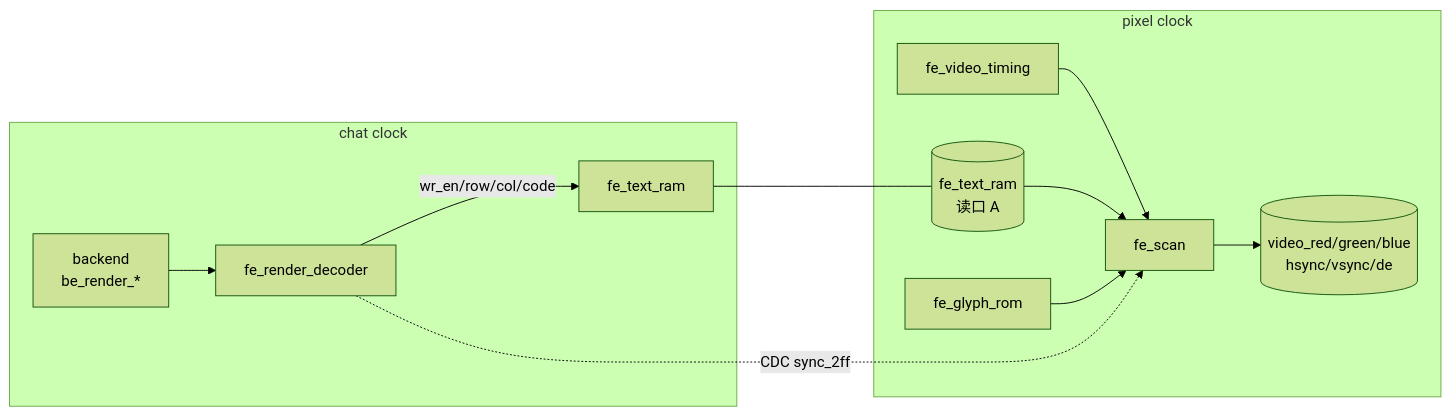
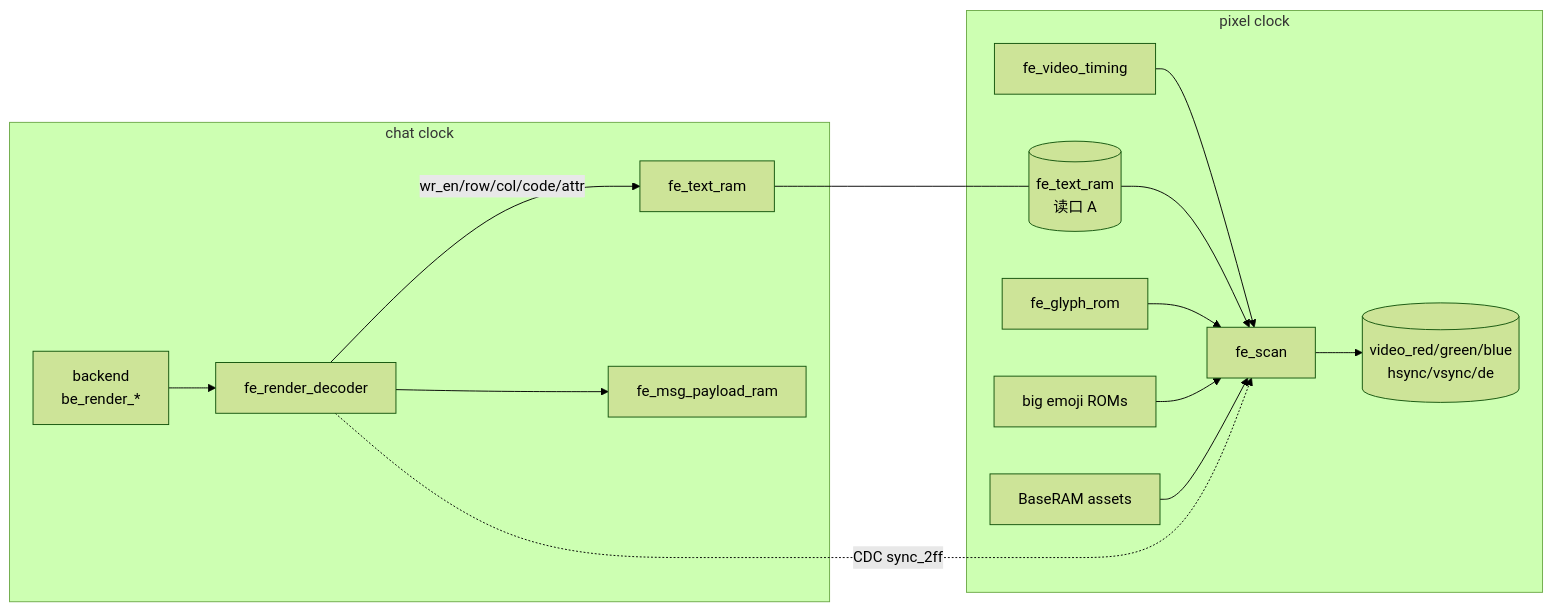
Diagram 11 of 12 in README.md (LorenzLorentz/Digtal_Logic_Design), drawn with Mermaid (forest theme) before and after one commit. The commit also changed other lines of this file and 3 other files, not shown here.

````diff
--- a/README.md
+++ b/README.md
@@ -564,15 +666,18 @@
 ```mermaid
 flowchart LR
     subgraph CHAT [chat clock]
         BE[backend<br/>be_render_*] --> DEC[fe_render_decoder]
-        DEC -- wr_en/row/col/code --> RAM[fe_text_ram]
+        DEC -- wr_en/row/col/code/attr --> RAM[fe_text_ram]
+        DEC --> PRAM[fe_msg_payload_ram]
     end
     subgraph PIX [pixel clock]
         VT[fe_video_timing] --> SCAN[fe_scan]
         RAM2[(fe_text_ram<br/>读口 A)] --> SCAN
         GROM[fe_glyph_rom] --> SCAN
+        BIG[big emoji ROMs] --> SCAN
+        SRAM[BaseRAM assets] --> SCAN
         SCAN --> RGB[(video_red/green/blue<br/>hsync/vsync/de)]
     end
     DEC -. CDC sync_2ff .-> SCAN
     RAM --- RAM2
 ```
````
